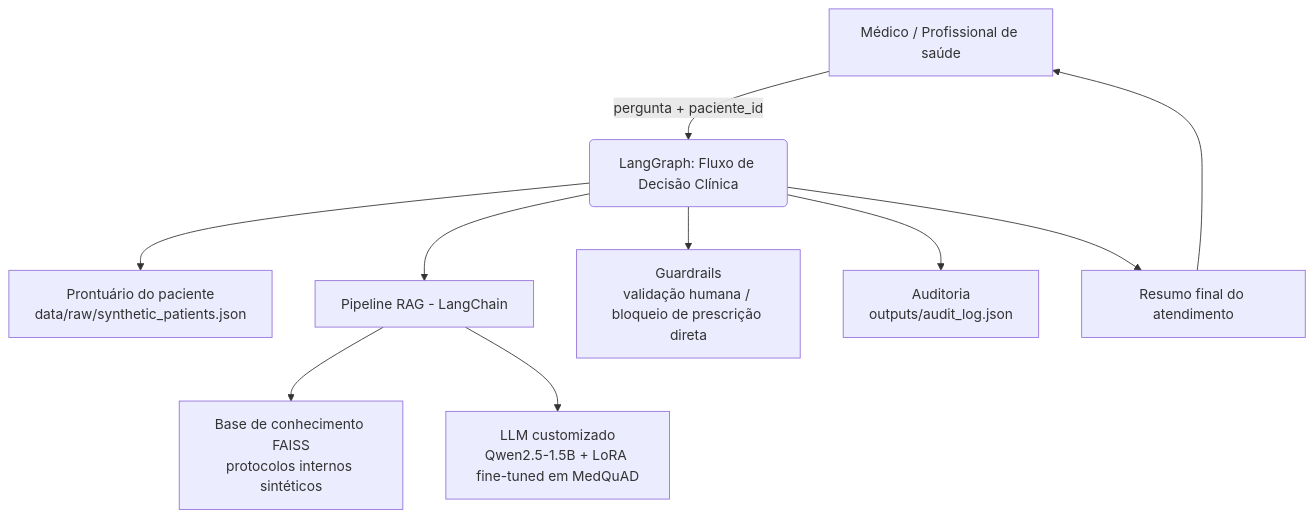
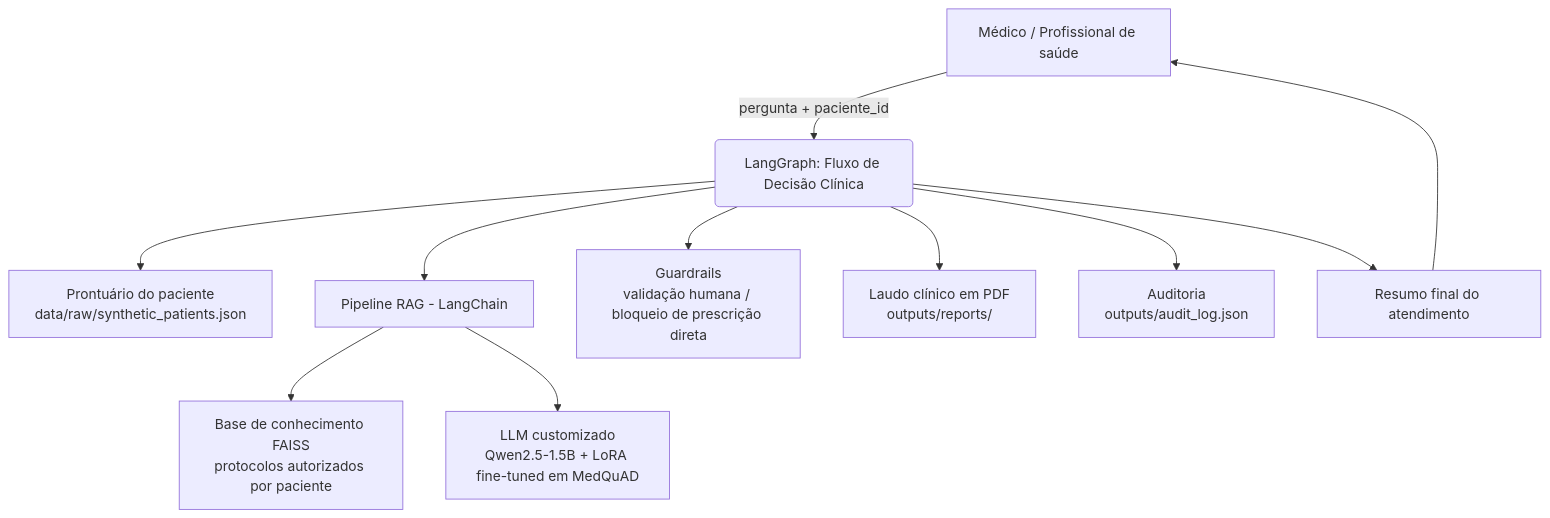
The first of 3 diagrams in docs/diagrama_fluxo.md (GFerreira1902/TechChallenge3GFA), drawn with Mermaid before and after one commit. The commit also changed other lines of this file and 2 other files, not shown here.

Commit message:
docs: sincroniza README relatorio e diagrama com o fluxo atual

````diff
--- a/docs/diagrama_fluxo.md
+++ b/docs/diagrama_fluxo.md
@@ -9,12 +9,13 @@
 ```mermaid
 flowchart TD
     A[Médico / Profissional de saúde] -->|pergunta + paciente_id| B(LangGraph: Fluxo de Decisão Clínica)
     B --> C[Prontuário do paciente<br/>data/raw/synthetic_patients.json]
     B --> D[Pipeline RAG - LangChain]
-    D --> E[Base de conhecimento FAISS<br/>protocolos internos sintéticos]
+    D --> E[Base de conhecimento FAISS<br/>protocolos autorizados por paciente]
     D --> F[LLM customizado<br/>Qwen2.5-1.5B + LoRA fine-tuned em MedQuAD]
     B --> G[Guardrails<br/>validação humana / bloqueio de prescrição direta]
+    B --> J[Laudo clínico em PDF<br/>outputs/reports/]
     B --> H[Auditoria<br/>outputs/audit_log.json]
     B --> I[Resumo final do atendimento]
     I --> A
 ```
````
